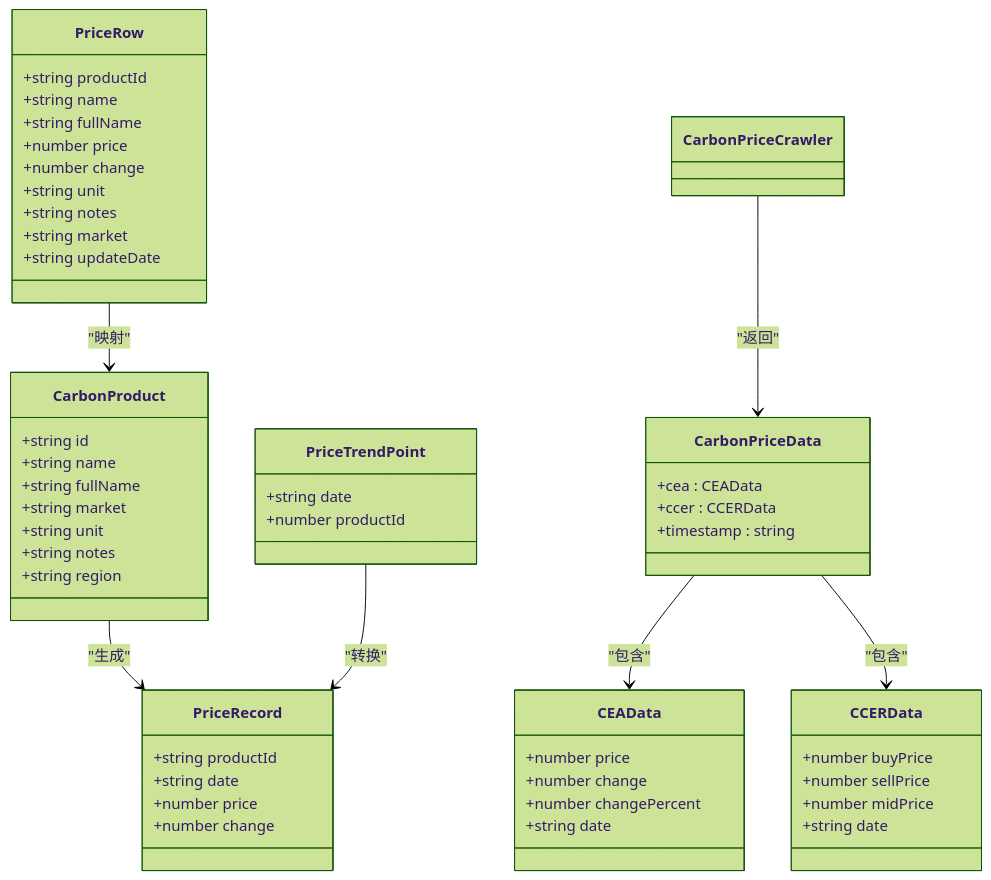
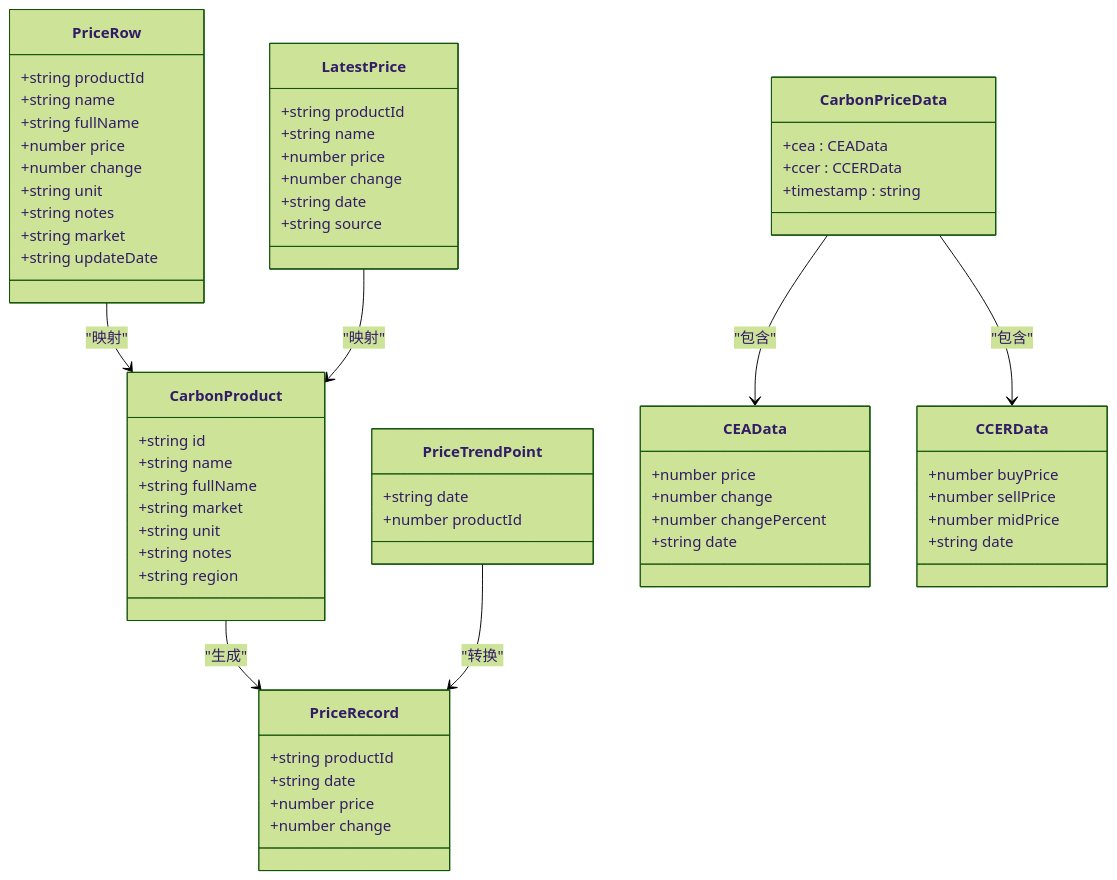
The second of 14 diagrams in .qoder/repowiki/zh/content/数据管理/价格数据管理.md (liangxuanliang-cmd/carbon-info-agent), drawn with Mermaid (forest theme) before and after one commit. The commit also changed other lines of this file and 21 other files, not shown here.

````diff
--- a/.qoder/repowiki/zh/content/数据管理/价格数据管理.md
+++ b/.qoder/repowiki/zh/content/数据管理/价格数据管理.md
@@ -117,56 +124,64 @@
 ```mermaid
 classDiagram
 class CarbonProduct {
 +string id
 +string name
 +string fullName
 +string market
 +string unit
 +string notes
 +string region
 }
 class PriceRecord {
 +string productId
 +string date
 +number price
 +number change
 }
 class PriceTrendPoint {
 +string date
 +number productId
 }
 class PriceRow {
 +string productId
 +string name
 +string fullName
 +number price
 +number change
 +string unit
 +string notes
 +string market
 +string updateDate
 }
+class LatestPrice {
++string productId
++string name
++number price
++number change
++string date
++string source
+}
 class CarbonPriceData {
 +cea : CEAData
 +ccer : CCERData
 +timestamp : string
 }
 class CEAData {
 +number price
 +number change
 +number changePercent
 +string date
 }
 class CCERData {
 +number buyPrice
 +number sellPrice
 +number midPrice
 +string date
 }
 CarbonProduct --> PriceRecord : "生成"
 PriceTrendPoint --> PriceRecord : "转换"
 PriceRow --> CarbonProduct : "映射"
-CarbonPriceCrawler --> CarbonPriceData : "返回"
+LatestPrice --> CarbonProduct : "映射"
 CarbonPriceData --> CEAData : "包含"
 CarbonPriceData --> CCERData : "包含"
 ```
````
